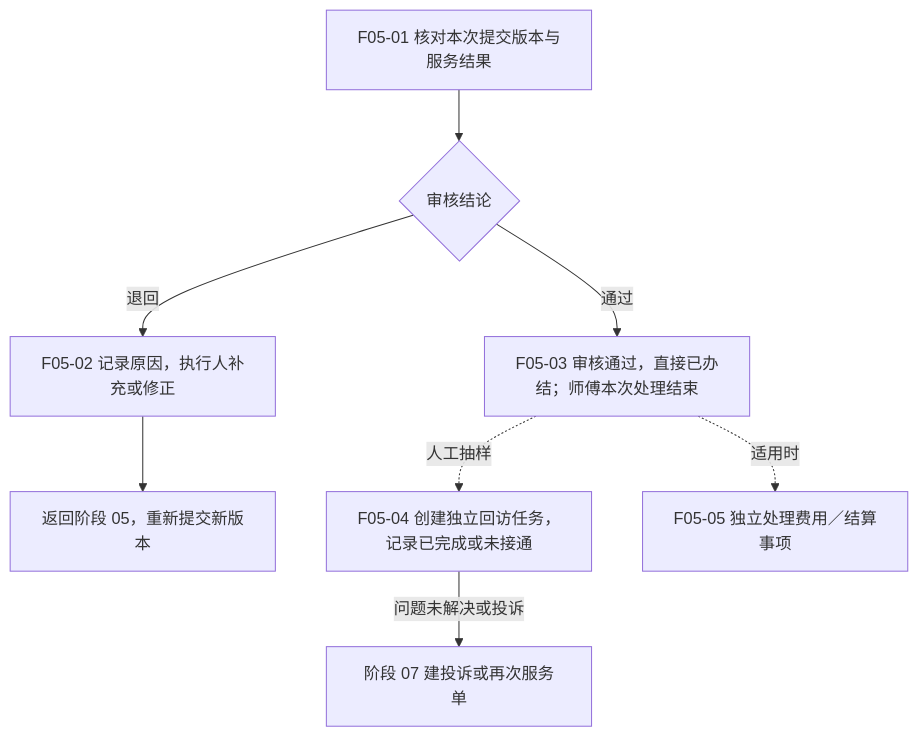
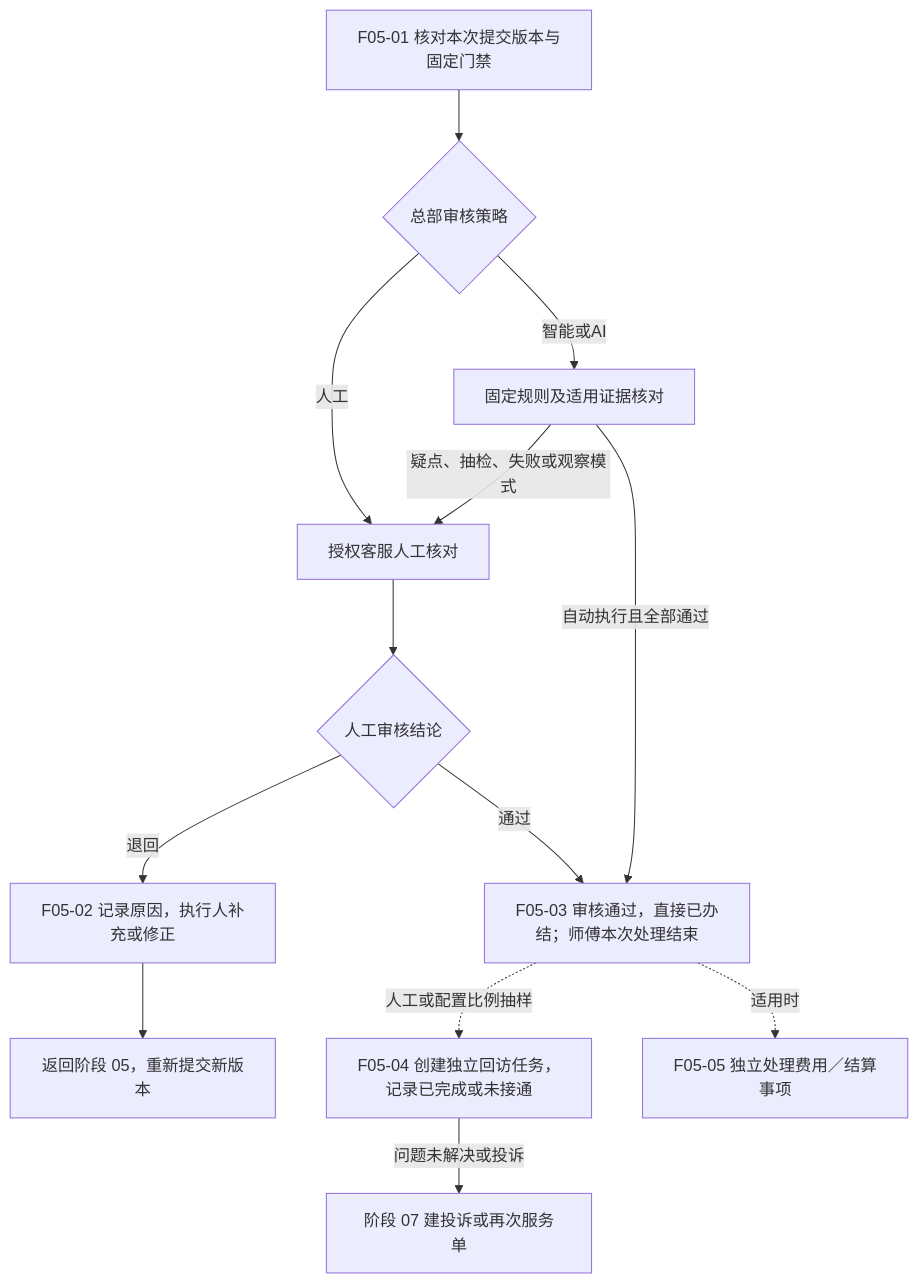
Before and after one commit to zhiyuan23/toto-after-sales-docs: the diagram in 05-业务流程/06-完工审核与回访关闭.md, drawn with Mermaid. The commit also changed other lines of this file and 10 other files, not shown here.

````diff
--- a/05-业务流程/06-完工审核与回访关闭.md
+++ b/05-业务流程/06-完工审核与回访关闭.md
@@ -18,10 +18,15 @@
 ```mermaid
 flowchart TD
-    F05_01[F05-01 核对本次提交版本与服务结果] --> A{审核结论}
+    F05_01[F05-01 核对本次提交版本与固定门禁] --> MODE{总部审核策略}
+    MODE -->|人工| HUMAN[授权客服人工核对]
+    MODE -->|智能或AI| AUTO[固定规则及适用证据核对]
+    AUTO -->|疑点、抽检、失败或观察模式| HUMAN
+    AUTO -->|自动执行且全部通过| F05_03
+    HUMAN --> A{人工审核结论}
     A -->|退回| F05_02[F05-02 记录原因，执行人补充或修正]
     F05_02 --> RETURN[返回阶段 05，重新提交新版本]
     A -->|通过| F05_03[F05-03 审核通过，直接已办结；师傅本次处理结束]
-    F05_03 -. 人工抽样 .-> F05_04[F05-04 创建独立回访任务，记录已完成或未接通]
+    F05_03 -. 人工或配置比例抽样 .-> F05_04[F05-04 创建独立回访任务，记录已完成或未接通]
     F05_03 -. 适用时 .-> F05_05[F05-05 独立处理费用／结算事项]
     F05_04 -->|问题未解决或投诉| EX[阶段 07 建投诉或再次服务单]
 ```
````
